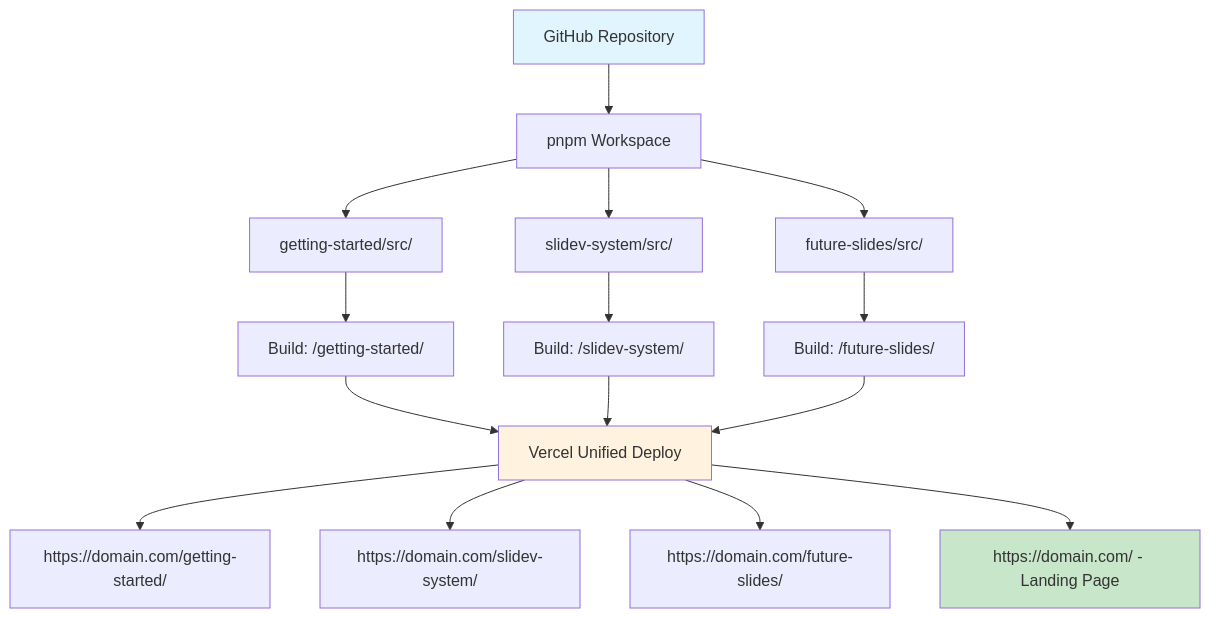
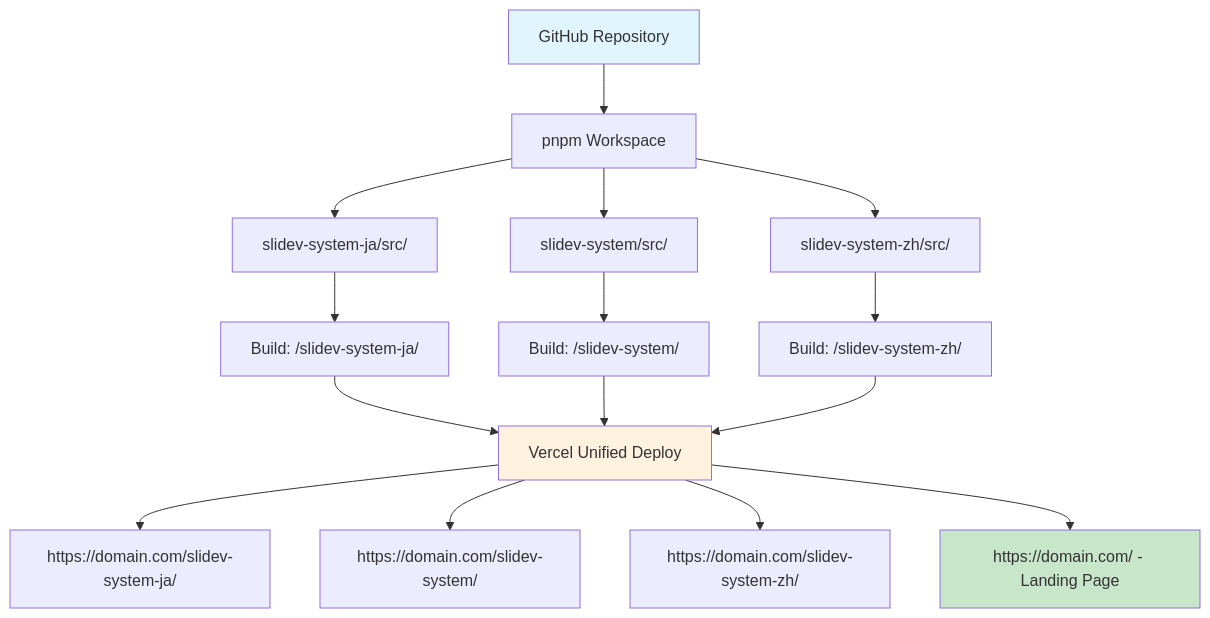
Before and after one commit to wwlapaki310/Slidevs-on-Vercel: the diagram in slides/slidev-system/src/slides.md, drawn with Mermaid. The commit also changed other lines of this file, not shown here.

Commit message:
Fix English slides: Update project structure and system architecture to match current repository

````diff
--- a/slides/slidev-system/src/slides.md
+++ b/slides/slidev-system/src/slides.md
@@ -69,25 +69,25 @@
 ```mermaid
 graph TD
     A[GitHub Repository] --> B[pnpm Workspace]
     
-    B --> C1[getting-started/src/]
+    B --> C1[slidev-system-ja/src/]
     B --> C2[slidev-system/src/]
-    B --> C3[future-slides/src/]
+    B --> C3[slidev-system-zh/src/]
     
-    C1 --> D1[Build: /getting-started/]
+    C1 --> D1[Build: /slidev-system-ja/]
     C2 --> D2[Build: /slidev-system/]
-    C3 --> D3[Build: /future-slides/]
+    C3 --> D3[Build: /slidev-system-zh/]
     
     D1 --> E[Vercel Unified Deploy]
     D2 --> E
     D3 --> E
     
-    E --> F1[https://domain.com/getting-started/]
+    E --> F1[https://domain.com/slidev-system-ja/]
     E --> F2[https://domain.com/slidev-system/]
-    E --> F3[https://domain.com/future-slides/]
+    E --> F3[https://domain.com/slidev-system-zh/]
     E --> F4[https://domain.com/ - Landing Page]
     
     style A fill:#e1f5fe
     style E fill:#fff3e0
     style F4 fill:#c8e6c9
 ```
````
